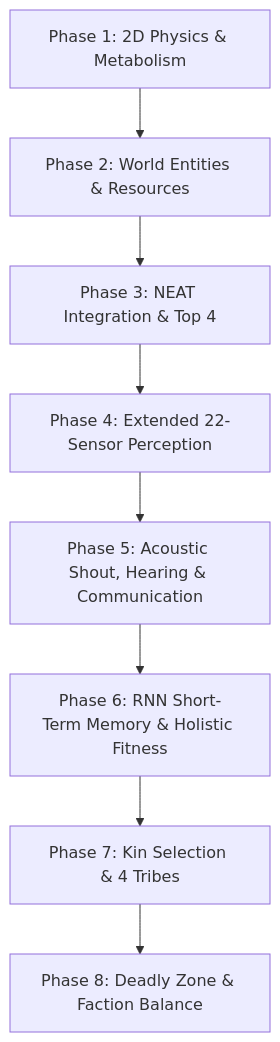
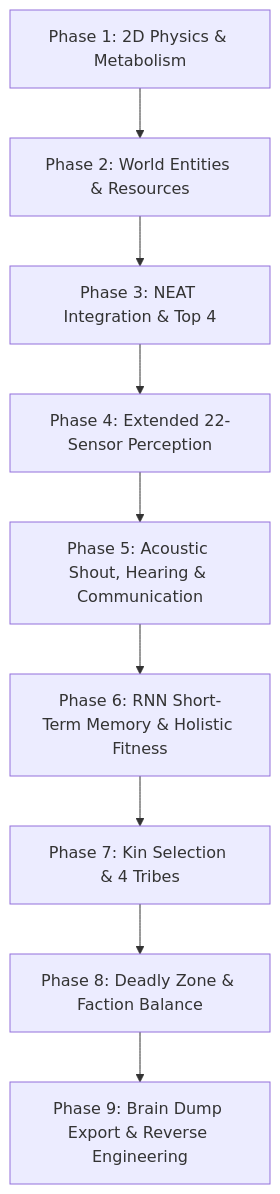
One commit to dawidnaessie/AgentReinforcementLearning changed the diagram in docs/documentation.md. Above: the diagram before and after it, drawn with Mermaid. The commit also changed other lines of this file and 7 other files, not shown here.

Commit message:
Added phase 9 - Neural Inspector brain dump topology export [S] and reverse engineering format

````diff
--- a/docs/documentation.md
+++ b/docs/documentation.md
@@ -26,10 +26,11 @@
 ```mermaid
 graph TD
     P1["Phase 1: 2D Physics & Metabolism"] --> P2["Phase 2: World Entities & Resources"]
     P2 --> P3["Phase 3: NEAT Integration & Top 4"]
     P3 --> P4["Phase 4: Extended 22-Sensor Perception"]
     P4 --> P5["Phase 5: Acoustic Shout, Hearing & Communication"]
     P5 --> P6["Phase 6: RNN Short-Term Memory & Holistic Fitness"]
     P6 --> P7["Phase 7: Kin Selection & 4 Tribes"]
     P7 --> P8["Phase 8: Deadly Zone & Faction Balance"]
+    P8 --> P9["Phase 9: Brain Dump Export & Reverse Engineering"]
 ```
````
